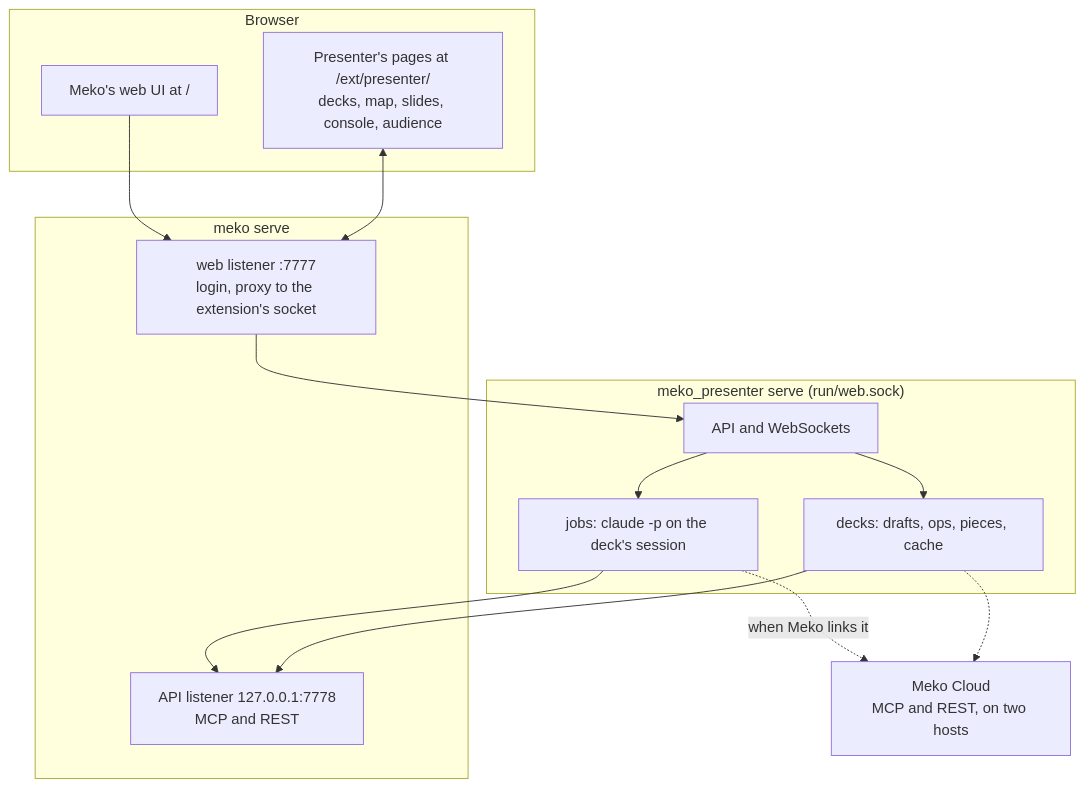
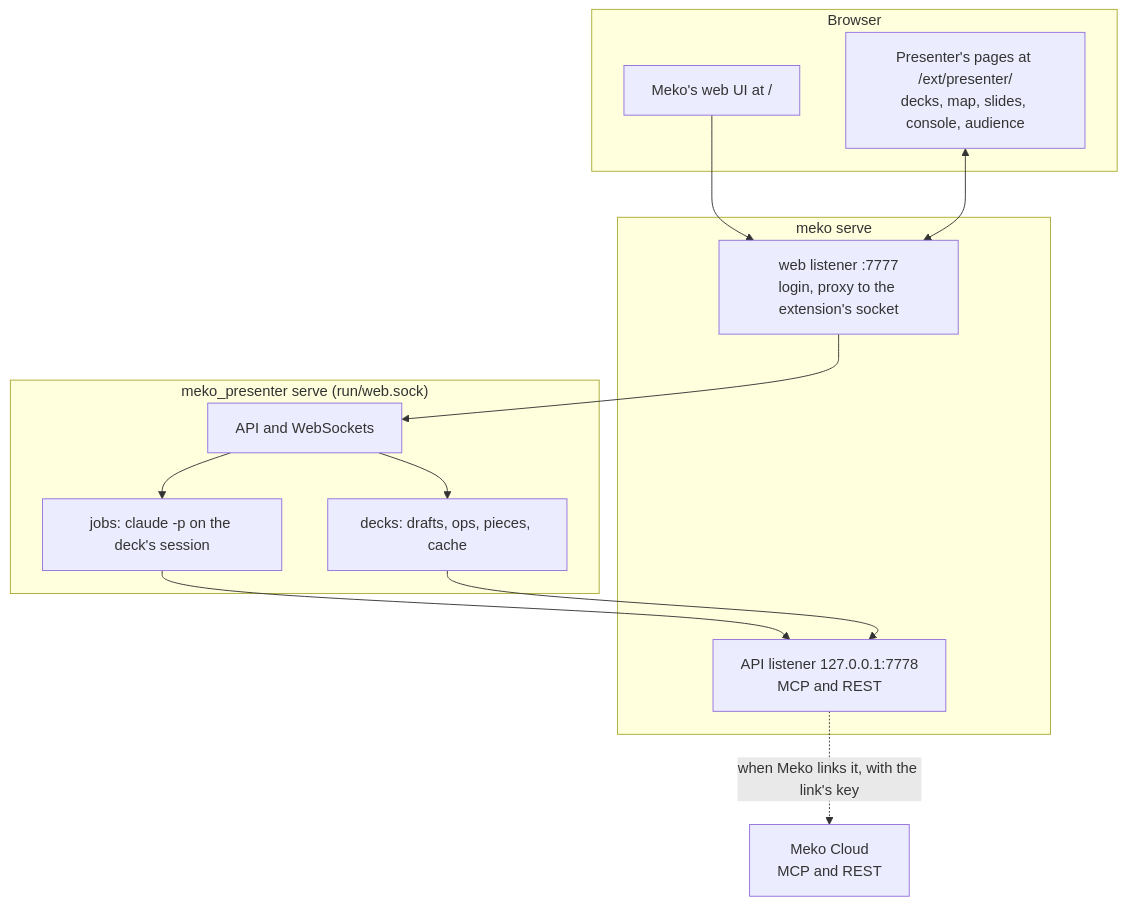
Before and after one commit to yugabyte/meko: the diagram in extensions/presenter/docs/design.md, drawn with Mermaid. The commit also changed other lines of this file and 72 other files, not shown here.

````diff
--- a/extensions/presenter/docs/design.md
+++ b/extensions/presenter/docs/design.md
@@ -8,25 +8,24 @@
 ```mermaid
 flowchart TB
   subgraph Browser
     MUI["Meko's web UI at /"]
     PG["Presenter's pages at /ext/presenter/\ndecks, map, slides, console, audience"]
   end
   subgraph Meko["meko serve"]
     WL["web listener :7777\nlogin, proxy to the extension's socket"]
     AL["API listener 127.0.0.1:7778\nMCP and REST"]
   end
   subgraph P["meko_presenter serve (run/web.sock)"]
     API["API and WebSockets"]
     J["jobs: claude -p on the deck's session"]
     D["decks: drafts, ops, pieces, cache"]
   end
   MUI --> WL
   PG <--> WL
   WL --> API
   API --> J
   API --> D
   J --> AL
   D --> AL
-  J -.->|"when Meko links it"| MC["Meko Cloud\nMCP and REST, on two hosts"]
-  D -.-> MC
+  AL -.->|"when Meko links it, with the link's key"| MC["Meko Cloud\nMCP and REST"]
 ```
````
